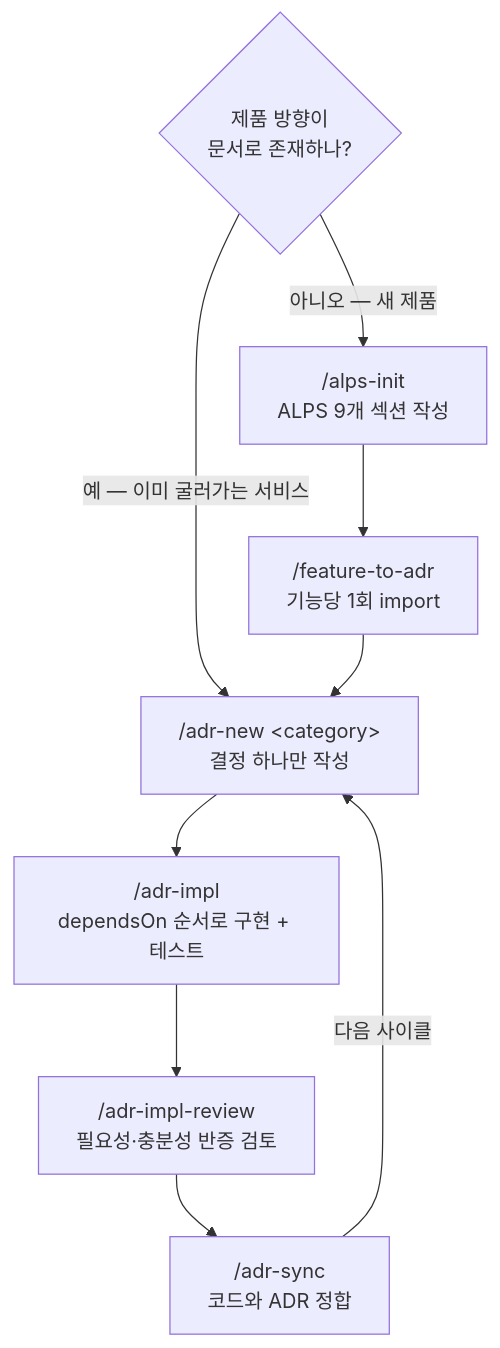
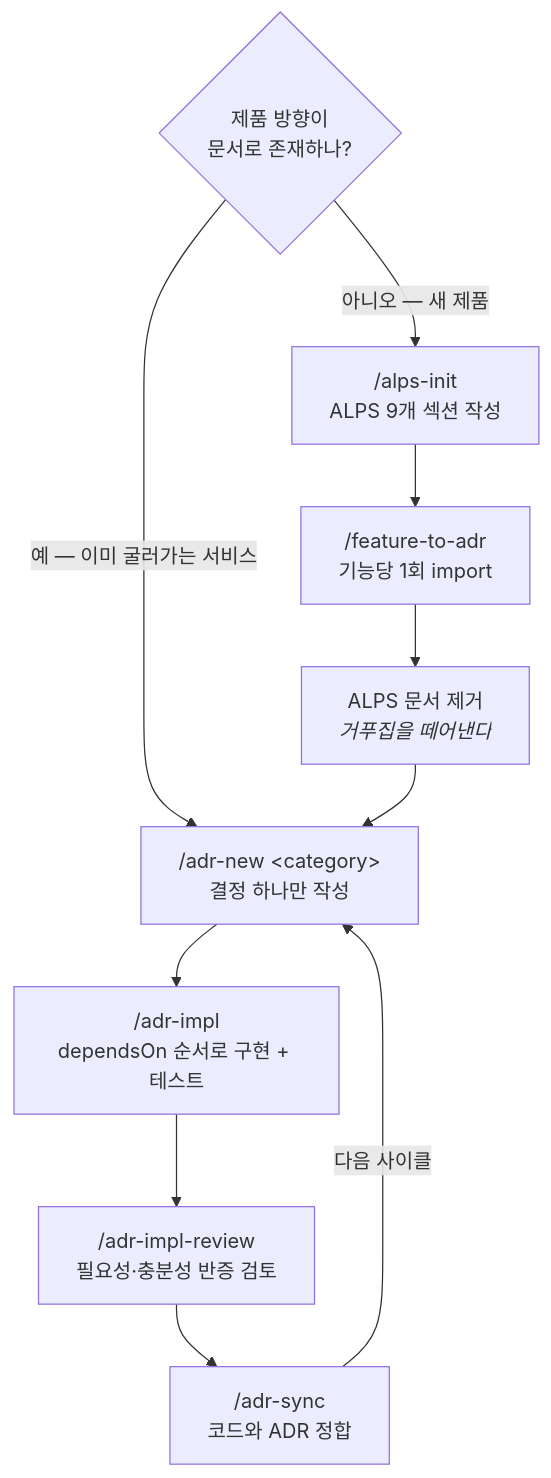
Before and after one commit to haandol/haandol.github.com: diagram 11 of 11 in _posts/2026-07-25-alps-adr-abstraction-boundaries.md, drawn with Mermaid. The commit also changed other lines of this file and 24 other files, not shown here.

````diff
--- a/_posts/2026-07-25-alps-adr-abstraction-boundaries.md
+++ b/_posts/2026-07-25-alps-adr-abstraction-boundaries.md
@@ -513,12 +582,13 @@
 ```mermaid
 flowchart TD
     Q{"제품 방향이<br/>문서로 존재하나?"}
     Q -->|"아니오 — 새 제품"| ALPS["/alps-init<br/>ALPS 9개 섹션 작성"]
     ALPS --> F2A["/feature-to-adr<br/>기능당 1회 import"]
+    F2A --> DROP["ALPS 문서 제거<br/><i>거푸집을 떼어낸다</i>"]
     Q -->|"예 — 이미 굴러가는 서비스"| NEW["/adr-new &lt;category&gt;<br/>결정 하나만 작성"]
-    F2A --> NEW
+    DROP --> NEW
     NEW --> IMPL["/adr-impl<br/>dependsOn 순서로 구현 + 테스트"]
     IMPL --> REVIEW["/adr-impl-review<br/>필요성·충분성 반증 검토"]
     REVIEW --> SYNC["/adr-sync<br/>코드와 ADR 정합"]
     SYNC -->|다음 사이클| NEW
 ```
````
